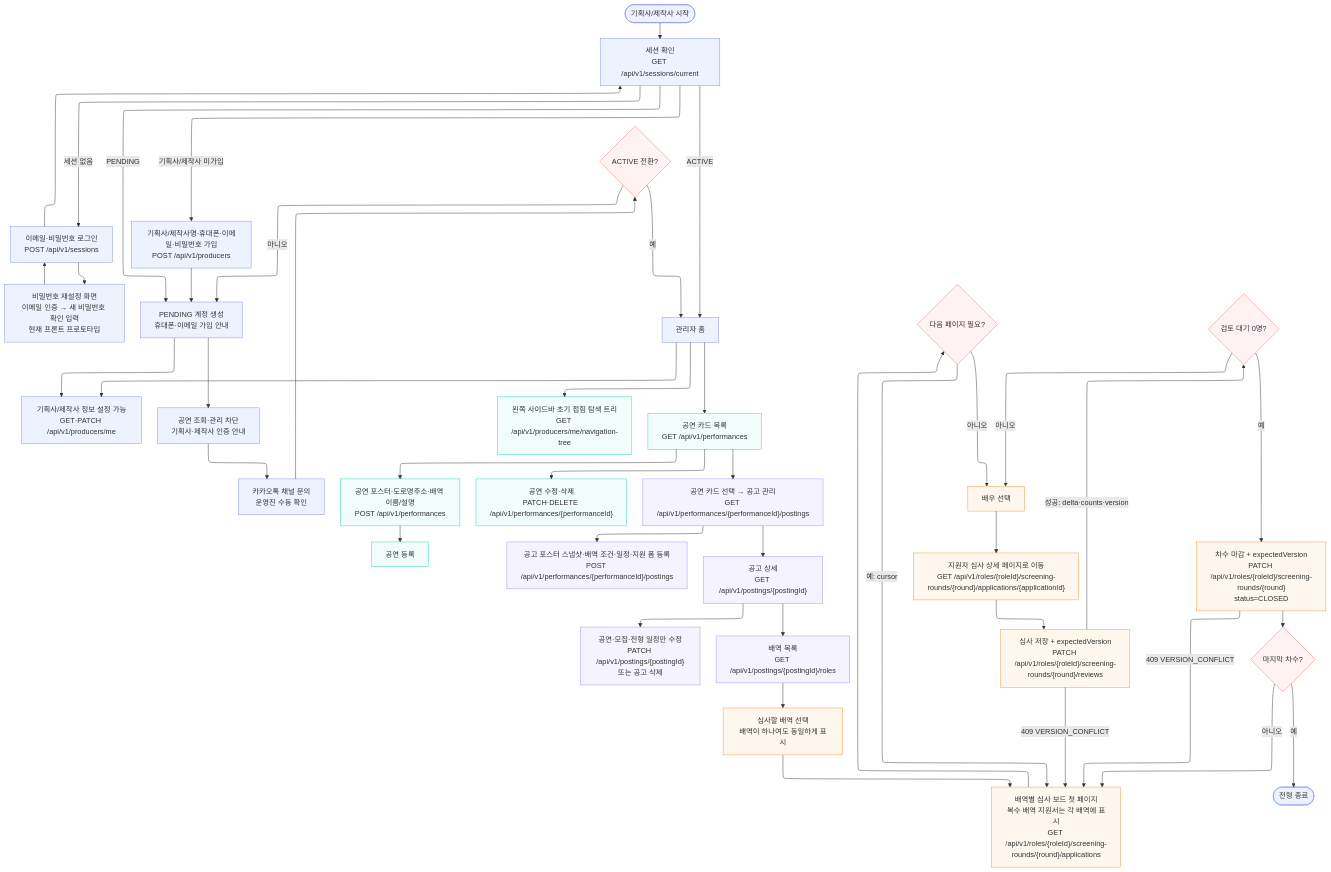
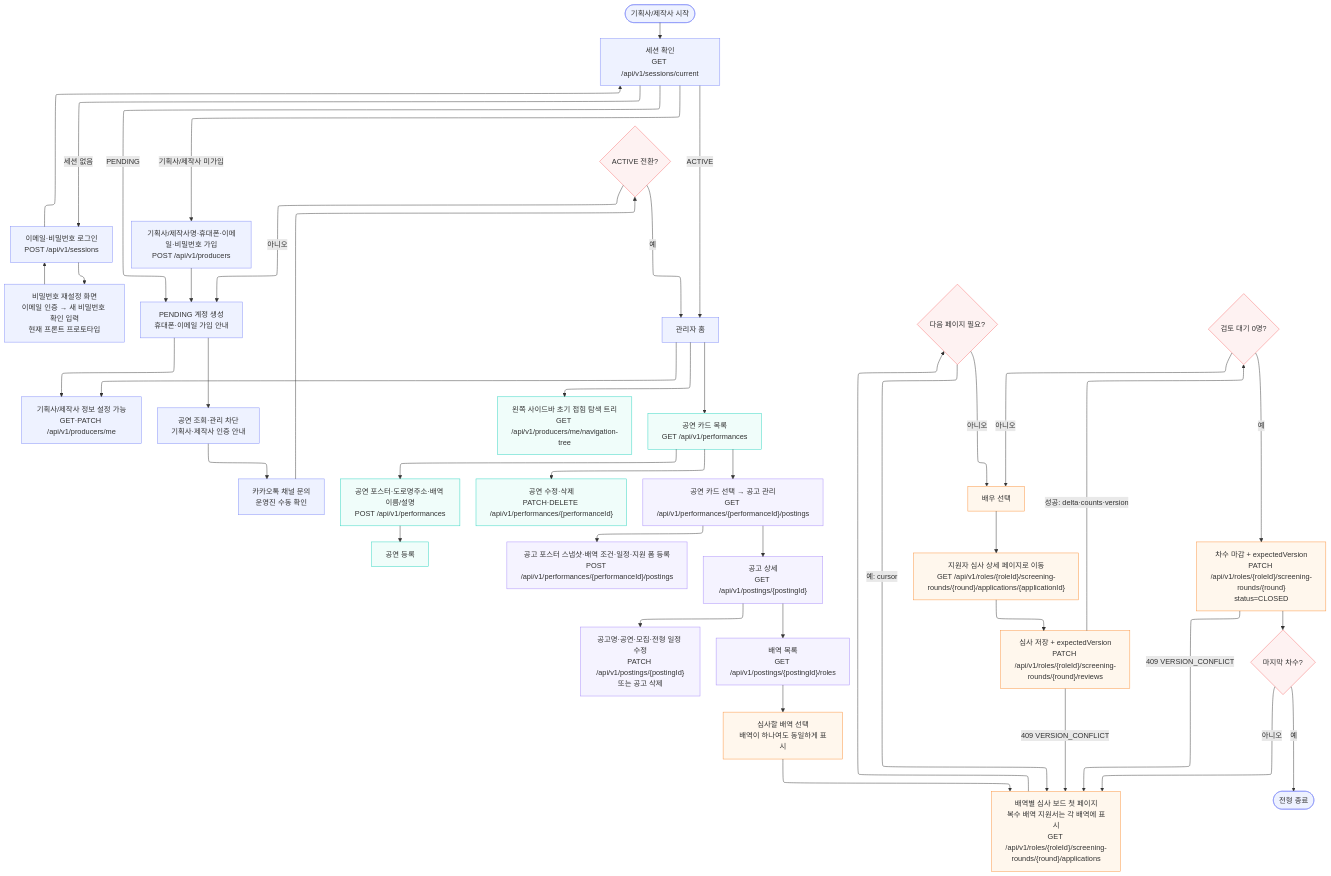
The diagram in docs/flowchart/producer.mmd (woowacourse-teams/2026-yesulin), drawn with Mermaid before and after one commit. The commit also changed 11 other files, not shown here.

```diff
--- a/docs/flowchart/producer.mmd
+++ b/docs/flowchart/producer.mmd
@@ -1,51 +1,51 @@
 ---
 config:
   layout: elk
 ---
 flowchart TB
     START(["기획사/제작사 시작"]) --> SESSION["세션 확인<br>GET /api/v1/sessions/current"]
     SESSION -- 세션 없음 --> LOGIN["이메일·비밀번호 로그인<br>POST /api/v1/sessions"]
     LOGIN --> PASSWORD_RESET["비밀번호 재설정 화면<br>이메일 인증 → 새 비밀번호 확인 입력<br>현재 프론트 프로토타입"]
     PASSWORD_RESET --> LOGIN
     LOGIN --> SESSION
     SESSION -- 기획사/제작사 미가입 --> SIGNUP["기획사/제작사명·휴대폰·이메일·비밀번호 가입<br>POST /api/v1/producers"]
     SIGNUP --> PENDING["PENDING 계정 생성<br>휴대폰·이메일 가입 안내"]
     SESSION -- PENDING --> PENDING
     PENDING --> PROFILE["기획사/제작사 정보 설정 가능<br>GET·PATCH /api/v1/producers/me"]
     PENDING --> BLOCKED["공연 조회·관리 차단<br>기획사·제작사 인증 안내"]
     BLOCKED --> CONTACT["카카오톡 채널 문의<br>운영진 수동 확인"]
     CONTACT --> ACTIVE{"ACTIVE 전환?"}
     ACTIVE -- 아니오 --> PENDING
     ACTIVE -- 예 --> HOME["관리자 홈"]
     SESSION -- ACTIVE --> HOME
     HOME --> NAV["왼쪽 사이드바 초기 접힘 탐색 트리<br>GET /api/v1/producers/me/navigation-tree"] & PROFILE & PERF["공연 카드 목록<br>GET /api/v1/performances"]
     PERF --> NEW_PERF["공연 포스터·도로명주소·배역 이름/설명<br>POST /api/v1/performances"] & EDIT_PERF["공연 수정·삭제<br>PATCH·DELETE /api/v1/performances/{performanceId}"] & POSTINGS["공연 카드 선택 → 공고 관리<br>GET /api/v1/performances/{performanceId}/postings"]
     NEW_PERF --> CREATE_PERF["공연 등록"]
     POSTINGS --> CREATE_POSTING["공고 포스터 스냅샷·배역 조건·일정·지원 폼 등록<br>POST /api/v1/performances/{performanceId}/postings"] & POSTING_DETAIL["공고 상세<br>GET /api/v1/postings/{postingId}"]
-    POSTING_DETAIL --> EDIT_POSTING["공연·모집·전형 일정만 수정<br>PATCH /api/v1/postings/{postingId}<br>또는 공고 삭제"] & ROLES["배역 목록<br>GET /api/v1/postings/{postingId}/roles"]
+    POSTING_DETAIL --> EDIT_POSTING["공고명·공연·모집·전형 일정 수정<br>PATCH /api/v1/postings/{postingId}<br>또는 공고 삭제"] & ROLES["배역 목록<br>GET /api/v1/postings/{postingId}/roles"]
     ROLES --> CHOOSE_ROLE["심사할 배역 선택<br>배역이 하나여도 동일하게 표시"]
     CHOOSE_ROLE --> BOARD["배역별 심사 보드 첫 페이지<br>복수 배역 지원서는 각 배역에 표시<br>GET /api/v1/roles/{roleId}/screening-rounds/{round}/applications"]
     BOARD --> MORE{"다음 페이지 필요?"}
     MORE -- 예: cursor --> BOARD
     MORE -- 아니오 --> SELECT["배우 선택"]
     SELECT --> APP_DETAIL["지원자 심사 상세 페이지로 이동<br>GET /api/v1/roles/{roleId}/screening-rounds/{round}/applications/{applicationId}"]
     APP_DETAIL --> REVIEW["심사 저장 + expectedVersion<br>PATCH /api/v1/roles/{roleId}/screening-rounds/{round}/reviews"]
     REVIEW -- 409 VERSION_CONFLICT --> BOARD
     REVIEW -- 성공: delta·counts·version --> DONE{"검토 대기 0명?"}
     DONE -- 아니오 --> SELECT
     DONE -- 예 --> CLOSE["차수 마감 + expectedVersion<br>PATCH /api/v1/roles/{roleId}/screening-rounds/{round}<br>status=CLOSED"]
     CLOSE -- 409 VERSION_CONFLICT --> BOARD
     CLOSE --> LAST{"마지막 차수?"}
     LAST -- 아니오 --> BOARD
     LAST -- 예 --> FINISH(["전형 종료"])
 
     classDef authNode stroke:#818cf8,fill:#eef2ff
     classDef perfNode stroke:#2dd4bf,fill:#f0fdfa
     classDef postingNode stroke:#a78bfa,fill:#f5f3ff
     classDef screeningNode stroke:#fb923c,fill:#fff7ed
     classDef decisionNode stroke:#f87171,fill:#fef2f2
     class START,SESSION,LOGIN,PASSWORD_RESET,SIGNUP,PENDING,PROFILE,BLOCKED,CONTACT,HOME,FINISH authNode
     class ACTIVE,MORE,DONE,LAST decisionNode
     class NAV,PERF,NEW_PERF,EDIT_PERF,CREATE_PERF perfNode
     class POSTINGS,CREATE_POSTING,POSTING_DETAIL,EDIT_POSTING,ROLES postingNode
     class BOARD,CHOOSE_ROLE,SELECT,APP_DETAIL,REVIEW,CLOSE screeningNode
```
